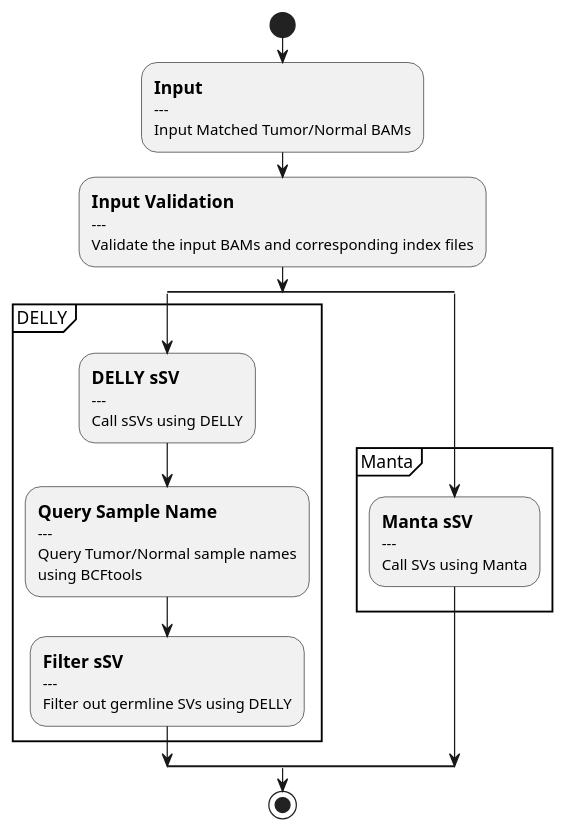
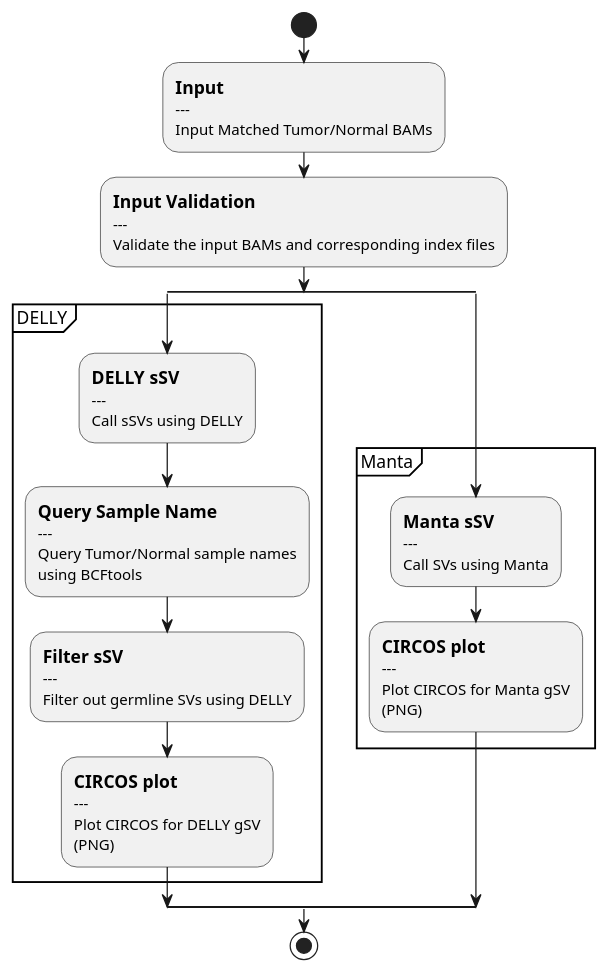
Before and after one commit to uclahs-cds/pipeline-call-sSV: the diagram in docs/call-sSV.puml, drawn with PlantUML. The commit also changed 6 other files, not shown here.

First line of the commit message:
Enable circos for DELLY (#205)

```diff
--- a/docs/call-sSV.puml
+++ b/docs/call-sSV.puml
@@ -1,35 +1,43 @@
 @startuml
 skinparam SwimlaneTitleFontStyle bold
 
 start
 
 :==Input
 ---
 Input Matched Tumor/Normal BAMs;
 :==Input Validation
 ---
 Validate the input BAMs and corresponding index files;
 
 split
 partition "DELLY" {
     :==DELLY sSV
     ---
     Call sSVs using DELLY;
     :==Query Sample Name
     ---
     Query Tumor/Normal sample names
     using BCFtools;
     :==Filter sSV
     ---
     Filter out germline SVs using DELLY;
+    :==CIRCOS plot
+    ---
+    Plot CIRCOS for DELLY gSV
+    (PNG);
     }
 
 split again
 partition "Manta" {
     :==Manta sSV
     ---
     Call SVs using Manta;
+    :==CIRCOS plot
+    ---
+    Plot CIRCOS for Manta gSV
+    (PNG);
     }
 end split
 stop
 @enduml
```
